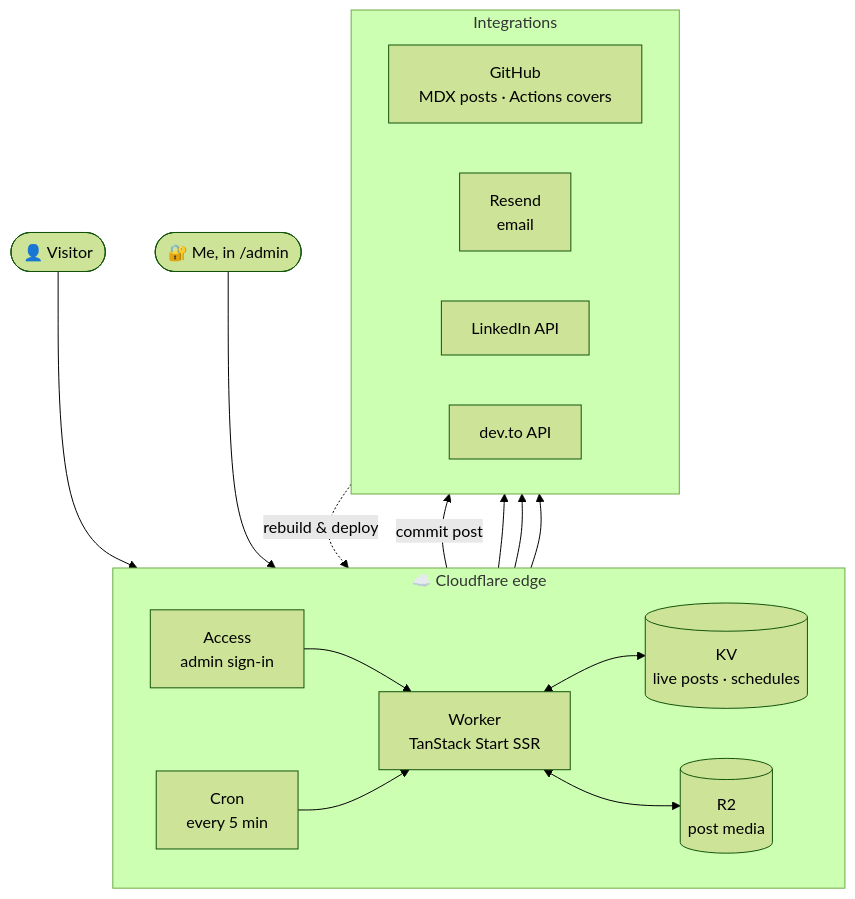
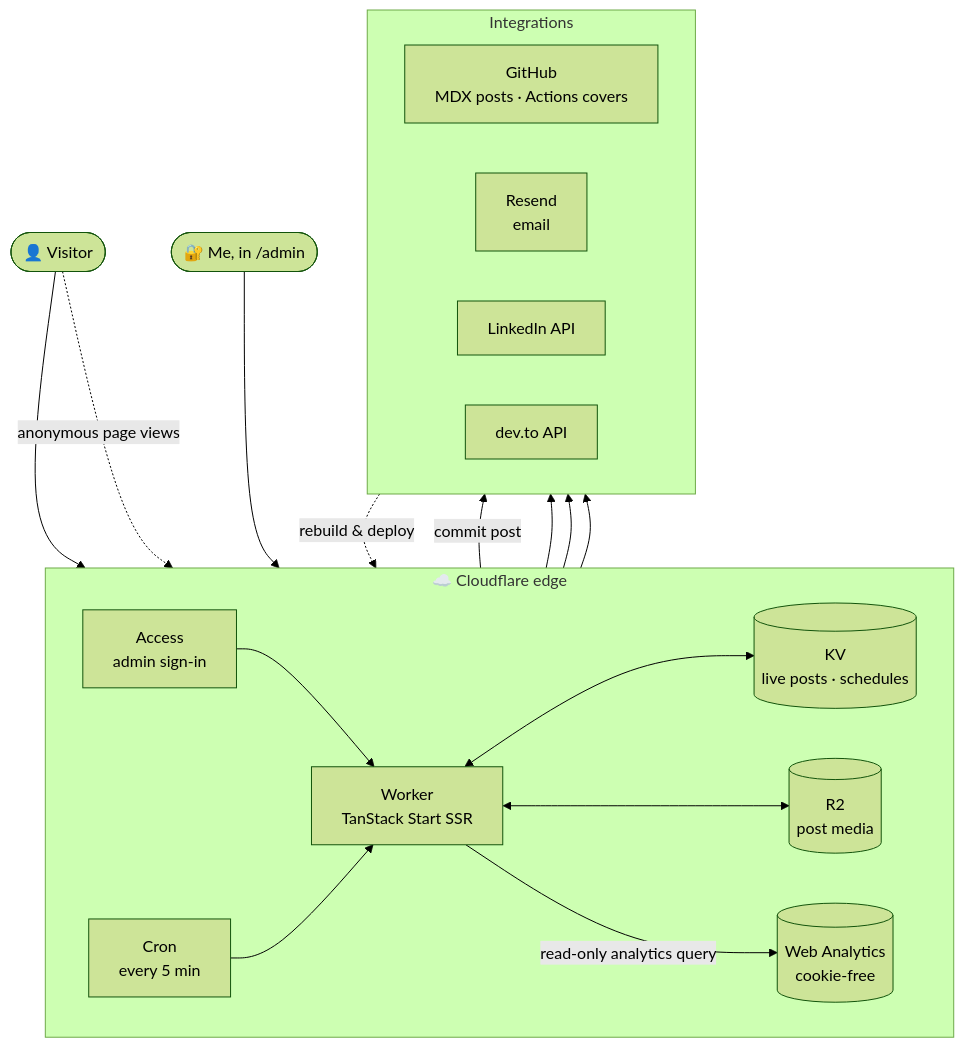
Before and after one commit to SUMAN-24/suman-portfolio-showcase: the first of 2 diagrams in README.md, drawn with Mermaid (forest theme). The commit also changed other lines of this file, not shown here.

Commit message:
Update showcase: private studio, analytics dashboard and privacy-friendly tracking

````diff
--- a/README.md
+++ b/README.md
@@ -133,29 +184,32 @@
 ```mermaid
 flowchart TB
   V(["👤 Visitor"])
   A(["🔐 Me, in /admin"])
 
   subgraph CF["☁️ Cloudflare edge"]
     direction LR
     AC["Access<br/>admin sign-in"] --> W["Worker<br/>TanStack Start SSR"]
     CR["Cron<br/>every 5 min"] --> W
     W <--> KV[("KV<br/>live posts · schedules")]
     W <--> R2[("R2<br/>post media")]
+    WA[("Web Analytics<br/>cookie-free")]
   end
 
   subgraph EXT["Integrations"]
     direction LR
     GH["GitHub<br/>MDX posts · Actions covers"]
     RS["Resend<br/>email"]
     LI["LinkedIn API"]
     DT["dev.to API"]
   end
 
   V --> W
+  V -. "anonymous page views" .-> WA
+  W -- "read-only analytics query" --> WA
   A --> AC
   W -- "commit post" --> GH
   GH -. "rebuild & deploy" .-> W
   W --> RS
   W --> LI
   W --> DT
 ```
````
